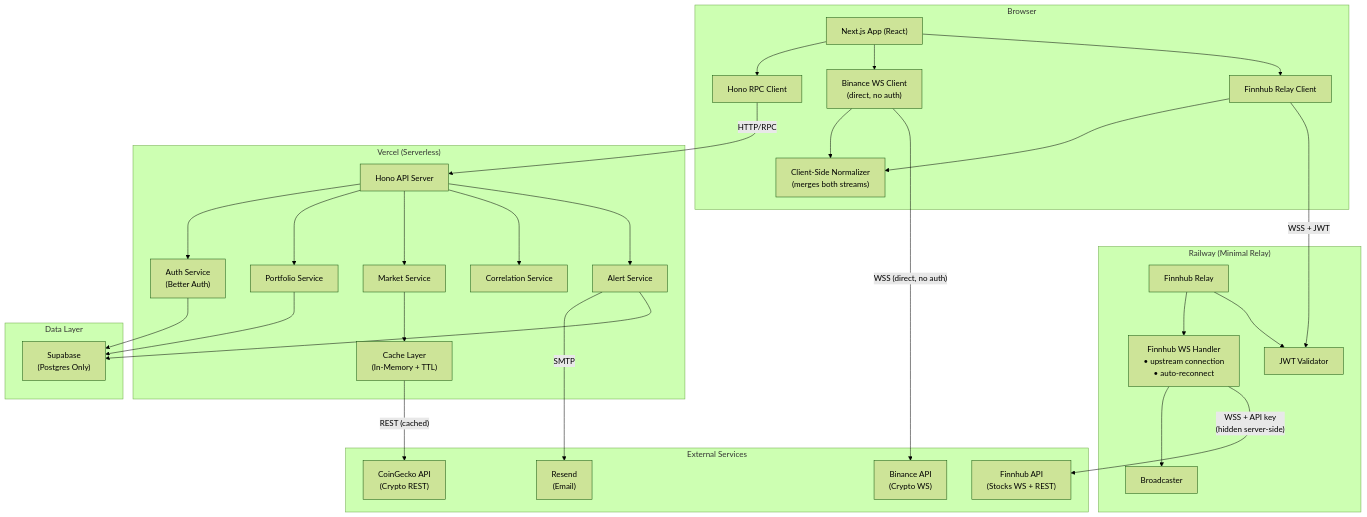
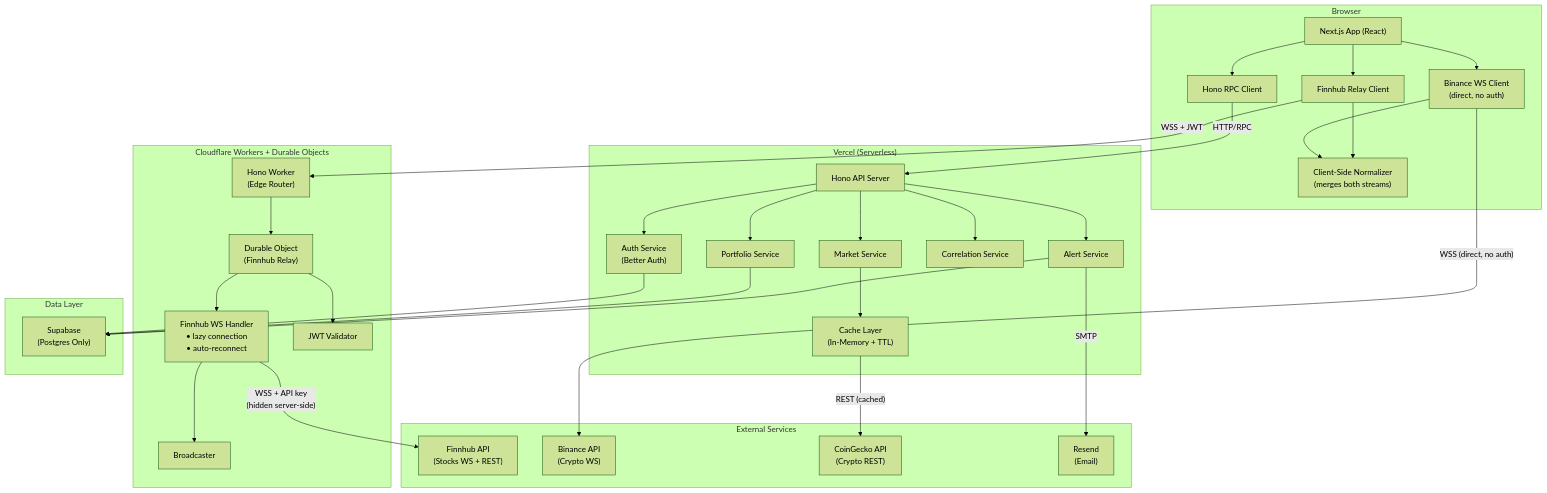
Before and after one commit to patrickmvla/owl: the first of 14 diagrams in docs/adrs/002-system-architecture.md, drawn with Mermaid (forest theme). The commit also changed other lines of this file and 1 other file, not shown here.

First line of the commit message:
docs: select Cloudflare Durable Objects for Finnhub relay

````diff
--- a/docs/adrs/002-system-architecture.md
+++ b/docs/adrs/002-system-architecture.md
@@ -34,67 +34,69 @@
 ```mermaid
 graph TB
     subgraph Browser["Browser"]
         UI["Next.js App (React)"]
         RPC["Hono RPC Client"]
         BN_WS["Binance WS Client<br/>(direct, no auth)"]
         FH_WS["Finnhub Relay Client"]
         NORM_C["Client-Side Normalizer<br/>(merges both streams)"]
 
         UI --> RPC
         UI --> BN_WS
         UI --> FH_WS
         BN_WS --> NORM_C
         FH_WS --> NORM_C
     end
 
     subgraph Vercel["Vercel (Serverless)"]
         HONO["Hono API Server"]
         AUTH["Auth Service<br/>(Better Auth)"]
         PORT["Portfolio Service"]
         MKT["Market Service"]
         CORR["Correlation Service"]
         ALRT["Alert Service"]
         CACHE["Cache Layer<br/>(In-Memory + TTL)"]
 
         HONO --> AUTH
         HONO --> PORT
         HONO --> MKT
         HONO --> CORR
         HONO --> ALRT
         MKT --> CACHE
     end
 
-    subgraph Railway["Railway (Minimal Relay)"]
-        RELAY["Finnhub Relay"]
-        FH_HANDLER["Finnhub WS Handler<br/>• upstream connection<br/>• auto-reconnect"]
+    subgraph Cloudflare["Cloudflare Workers + Durable Objects"]
+        WORKER["Hono Worker<br/>(Edge Router)"]
+        DO["Durable Object<br/>(Finnhub Relay)"]
+        FH_HANDLER["Finnhub WS Handler<br/>• lazy connection<br/>• auto-reconnect"]
         JWT_VAL["JWT Validator"]
         BCAST["Broadcaster"]
 
-        RELAY --> FH_HANDLER
-        RELAY --> JWT_VAL
+        WORKER --> DO
+        DO --> FH_HANDLER
+        DO --> JWT_VAL
         FH_HANDLER --> BCAST
     end
 
     subgraph External["External Services"]
         FINNHUB["Finnhub API<br/>(Stocks WS + REST)"]
         BINANCE["Binance API<br/>(Crypto WS)"]
         COINGECKO["CoinGecko API<br/>(Crypto REST)"]
         RESEND["Resend<br/>(Email)"]
     end
 
     subgraph Data["Data Layer"]
         PG["Supabase<br/>(Postgres Only)"]
     end
 
     RPC -->|"HTTP/RPC"| HONO
     BN_WS -->|"WSS (direct, no auth)"| BINANCE
-    FH_WS -->|"WSS + JWT"| JWT_VAL
+    FH_WS -->|"WSS + JWT"| WORKER
     FH_HANDLER -->|"WSS + API key<br/>(hidden server-side)"| FINNHUB
 
     CACHE -->|"REST (cached)"| COINGECKO
     ALRT -->|"SMTP"| RESEND
 
     AUTH --> PG
     PORT --> PG
     ALRT --> PG
 ```
````
